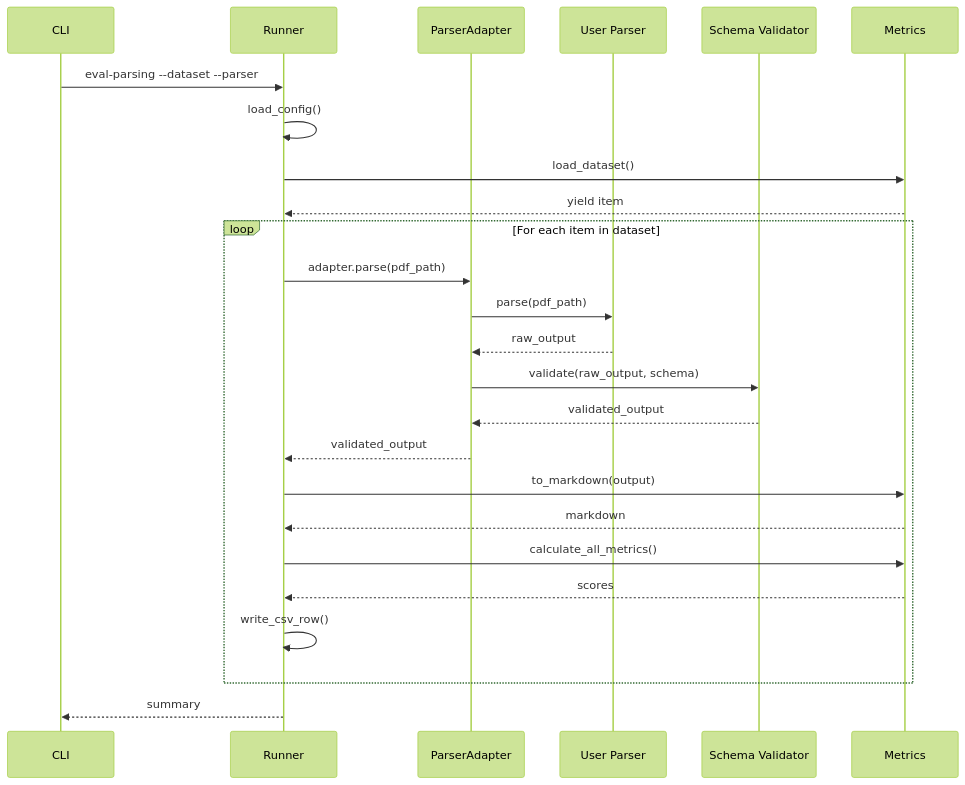
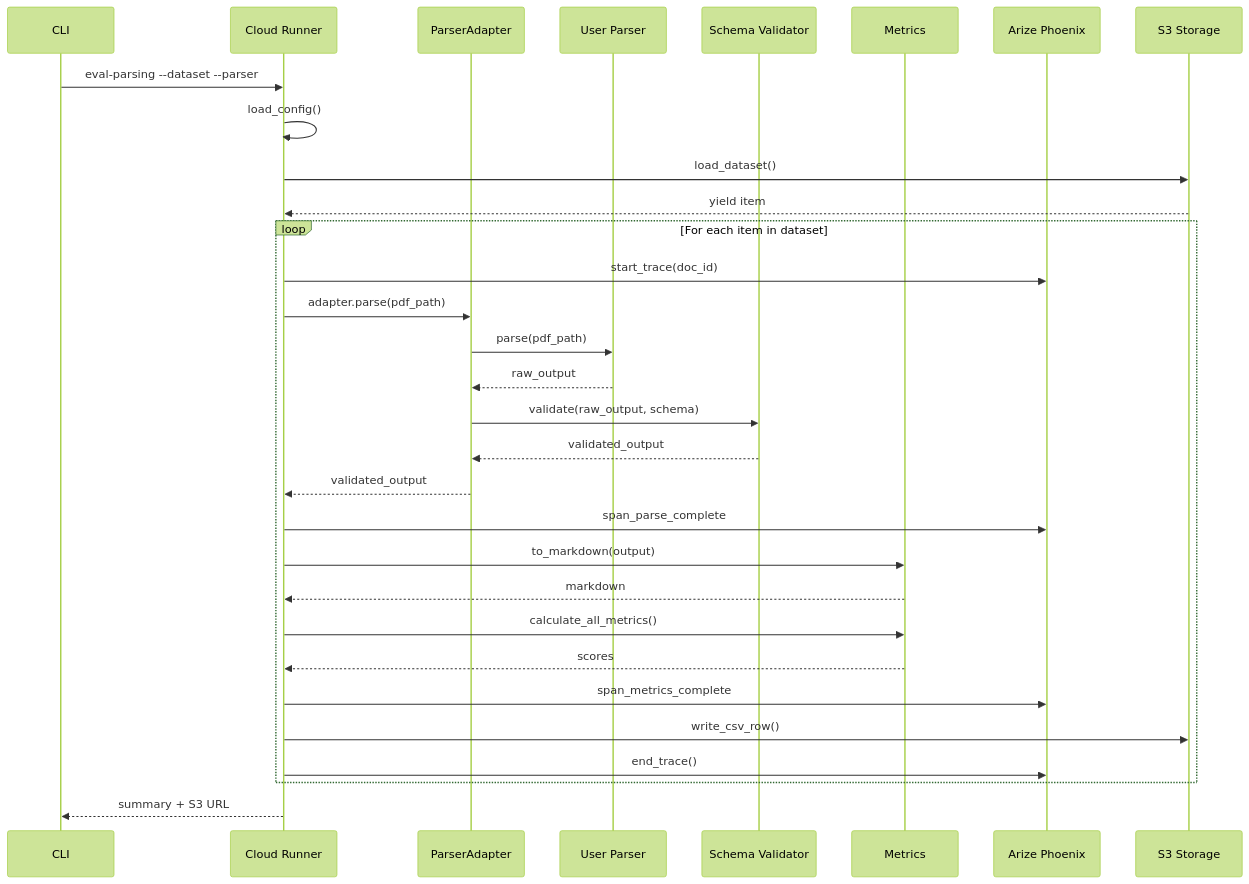
One commit to anguyenbus/eval-harness changed the first of 6 diagrams in docs/design/002-data-flow-detailed.md. Above: the diagram before and after it, drawn with Mermaid (forest theme). The commit also changed other lines of this file and 4 other files, not shown here.

````diff
--- a/docs/design/002-data-flow-detailed.md
+++ b/docs/design/002-data-flow-detailed.md
@@ -11,33 +11,39 @@
 ```mermaid
 sequenceDiagram
     participant CLI as CLI
-    participant Runner as Runner
+    participant Runner as Cloud Runner
     participant Adapter as ParserAdapter
     participant Parser as User Parser
     participant Validator as Schema Validator
     participant Metrics as Metrics
+    participant Phoenix as Arize Phoenix
+    participant S3 as S3 Storage
 
     CLI->>Runner: eval-parsing --dataset --parser
     Runner->>Runner: load_config()
-    Runner->>Metrics: load_dataset()
-    Metrics-->>Runner: yield item
+    Runner->>S3: load_dataset()
+    S3-->>Runner: yield item
 
     loop For each item in dataset
+        Runner->>Phoenix: start_trace(doc_id)
         Runner->>Adapter: adapter.parse(pdf_path)
         Adapter->>Parser: parse(pdf_path)
         Parser-->>Adapter: raw_output
         Adapter->>Validator: validate(raw_output, schema)
         Validator-->>Adapter: validated_output
         Adapter-->>Runner: validated_output
 
+        Runner->>Phoenix: span_parse_complete
         Runner->>Metrics: to_markdown(output)
         Metrics-->>Runner: markdown
 
         Runner->>Metrics: calculate_all_metrics()
         Metrics-->>Runner: scores
 
-        Runner->>Runner: write_csv_row()
+        Runner->>Phoenix: span_metrics_complete
+        Runner->>S3: write_csv_row()
+        Runner->>Phoenix: end_trace()
     end
 
-    Runner-->>CLI: summary
+    Runner-->>CLI: summary + S3 URL
 ```
````
